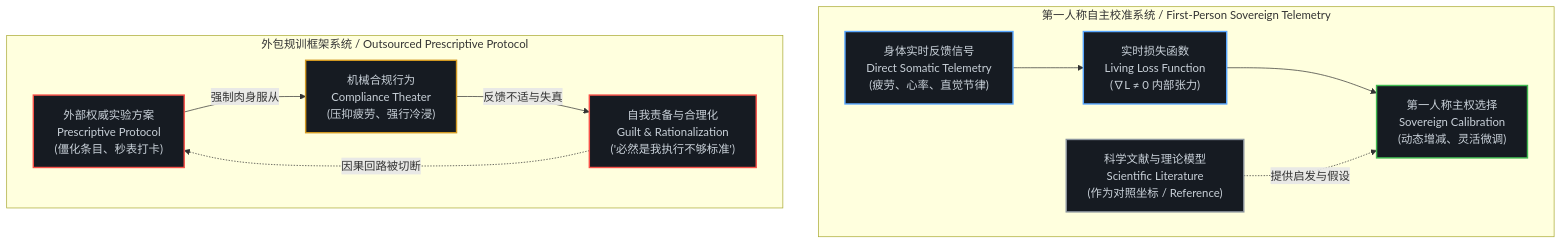
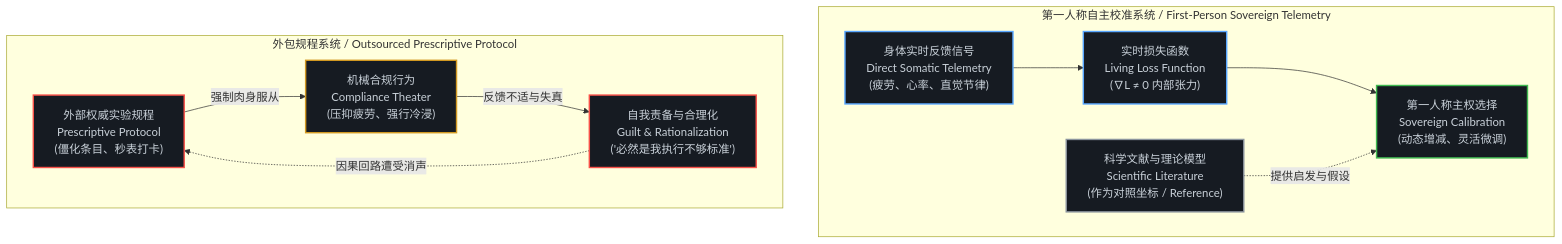
Before and after one commit to powerpig99/not-a-toe: the first of 3 diagrams in content/posts/the-inversion-of-the-protocol-and-the-silencing-of-the-causal-loop.md, drawn with Mermaid. The commit also changed other lines of this file and 4 other files, not shown here.

````diff
--- a/content/posts/the-inversion-of-the-protocol-and-the-silencing-of-the-causal-loop.md
+++ b/content/posts/the-inversion-of-the-protocol-and-the-silencing-of-the-causal-loop.md
@@ -21,22 +21,22 @@
 ```mermaid
 graph TD
     subgraph "第一人称自主校准系统 / First-Person Sovereign Telemetry"
         A["身体实时反馈信号<br/>Direct Somatic Telemetry<br/>(疲劳、心率、直觉节律)"] --> B["实时损失函数<br/>Living Loss Function<br/>(∇L ≠ 0 内部张力)"]
         B --> C["第一人称主权选择<br/>Sovereign Calibration<br/>(动态增减、灵活微调)"]
         D["科学文献与理论模型<br/>Scientific Literature<br/>(作为对照坐标 / Reference)"] -.->|提供启发与假设| C
     end
 
-    subgraph "外包规训框架系统 / Outsourced Prescriptive Protocol"
-        E["外部权威实验方案<br/>Prescriptive Protocol<br/>(僵化条目、秒表打卡)"] -->|强制肉身服从| F["机械合规行为<br/>Compliance Theater<br/>(压抑疲劳、强行冷浸)"]
+    subgraph "外包规程系统 / Outsourced Prescriptive Protocol"
+        E["外部权威实验规程<br/>Prescriptive Protocol<br/>(僵化条目、秒表打卡)"] -->|强制肉身服从| F["机械合规行为<br/>Compliance Theater<br/>(压抑疲劳、强行冷浸)"]
         F -->|反馈不适与失真| G["自我责备与合理化<br/>Guilt & Rationalization<br/>('必然是我执行不够标准')"]
-        G -.->|因果回路被切断| E
+        G -.->|因果回路遭受消声| E
     end
 
     style A fill:#161b22,stroke:#58a6ff,stroke-width:2px,color:#c9d1d9
     style B fill:#161b22,stroke:#58a6ff,stroke-width:2px,color:#c9d1d9
     style C fill:#161b22,stroke:#3fb950,stroke-width:2px,color:#c9d1d9
     style D fill:#161b22,stroke:#8b949e,stroke-width:2px,color:#c9d1d9
     style E fill:#161b22,stroke:#f85149,stroke-width:2px,color:#c9d1d9
     style F fill:#161b22,stroke:#d29922,stroke-width:2px,color:#c9d1d9
     style G fill:#161b22,stroke:#f85149,stroke-width:2px,color:#c9d1d9
 ```
````
